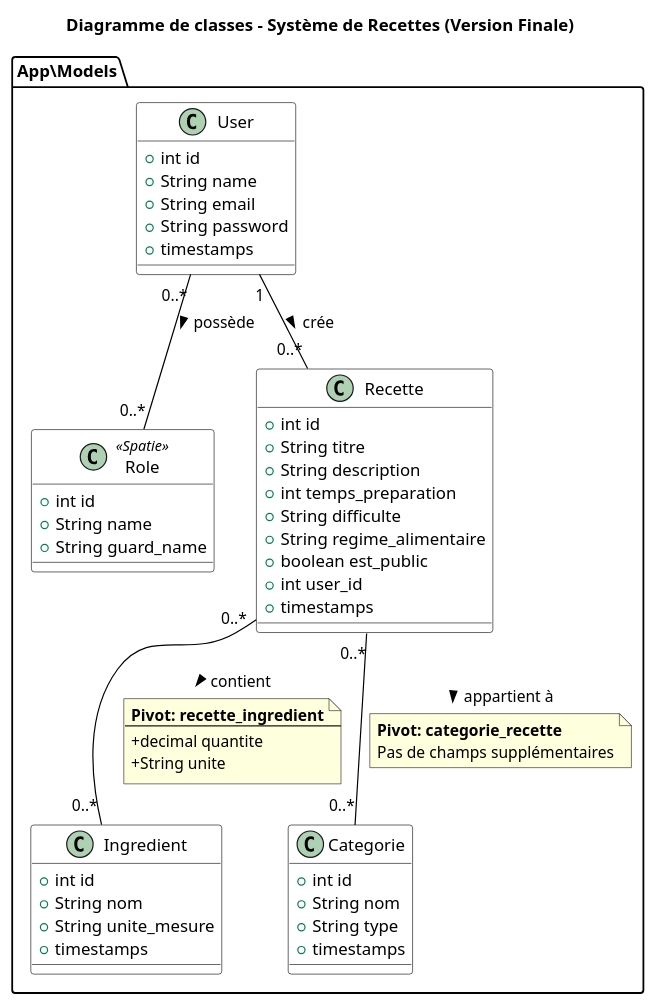
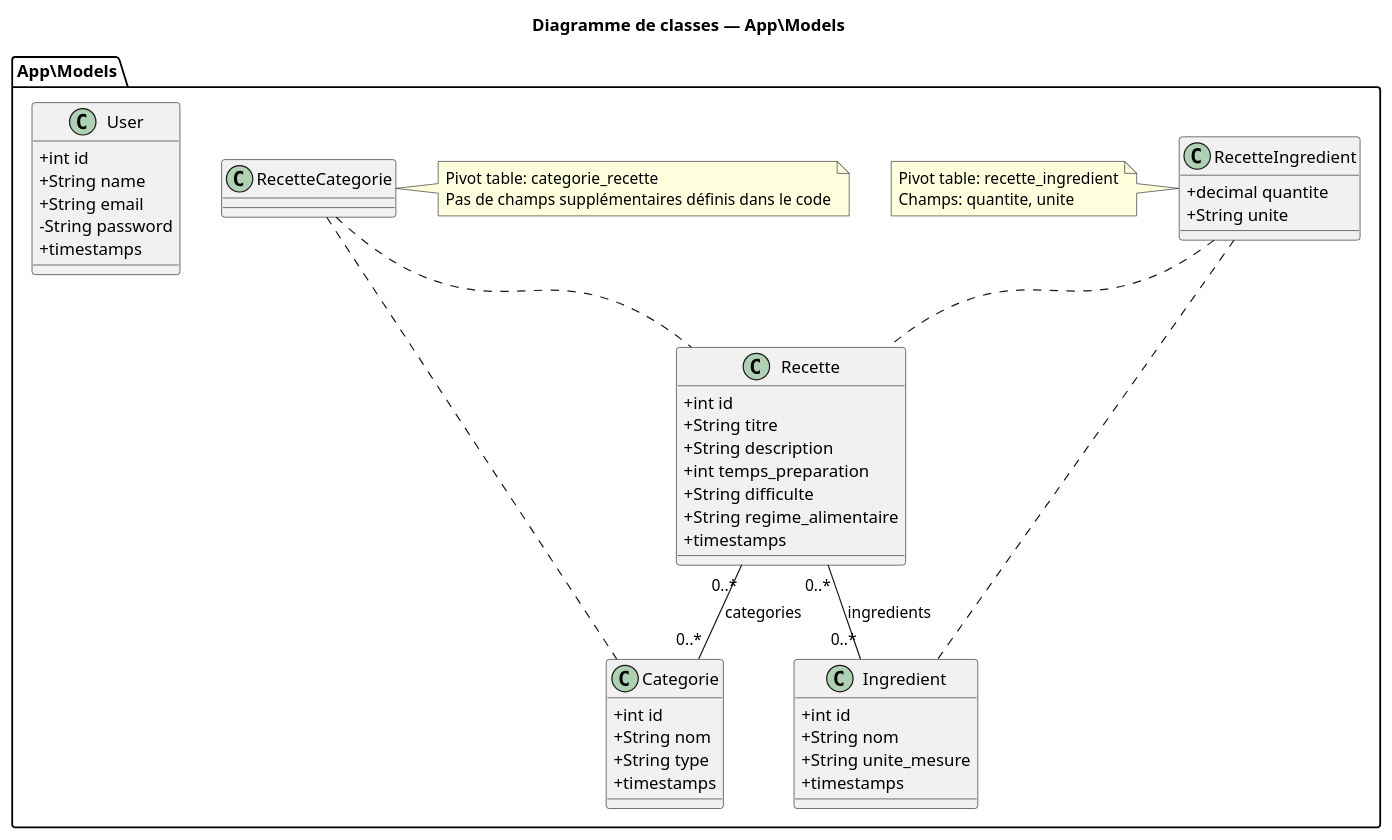
Before and after one commit to LThuillier/Livre_de_recettes: the diagram in diagram.puml, drawn with PlantUML. The commit also changed 2 other files, not shown here.

```diff
--- a/diagram.puml
+++ b/diagram.puml
@@ -1,72 +1,71 @@
-@startuml
-title Diagramme de classes - Système de Recettes (Version Finale)
+@startuml diagram_app_models
+title Diagramme de classes — App\\Models
+skinparam classAttributeIconSize 0
 
-' Configuration visuelle pour ressembler à ton ancien schéma
-skinparam class {
-    BackgroundColor White
-    ArrowColor Black
-    BorderColor Black
+package "App\\Models" {
+
+class Recette {
+  +int id
+  +String titre
+  +String description
+  +int temps_preparation
+  +String difficulte
+  +String regime_alimentaire
+  +timestamps
 }
 
-package App\Models {
-    
-    class User {
-        +int id
-        +String name
-        +String email
-        +String password
-        +timestamps
-    }
-
-    class Role <<Spatie>> {
-        +int id
-        +String name
-        +String guard_name
-    }
-
-    class Recette {
-        +int id
-        +String titre
-        +String description
-        +int temps_preparation
-        +String difficulte
-        +String regime_alimentaire
-        +boolean est_public
-        +int user_id
-        +timestamps
-    }
-
-    class Ingredient {
-        +int id
-        +String nom
-        +String unite_mesure
-        +timestamps
-    }
-
-    class Categorie {
-        +int id
-        +String nom
-        +String type
-        +timestamps
-    }
+class Ingredient {
+  +int id
+  +String nom
+  +String unite_mesure
+  +timestamps
 }
 
-' Relations entre les classes
-User "1" -- "0..*" Recette : crée >
-User "0..*" -- "0..*" Role : possède >
+class Categorie {
+  +int id
+  +String nom
+  +String type
+  +timestamps
+}
 
-Recette "0..*" -- "0..*" Categorie : appartient à >
-note on link
-  **Pivot: categorie_recette**
-  Pas de champs supplémentaires
+class User {
+  +int id
+  +String name
+  +String email
+  -String password
+  +timestamps
+}
+
+'"Pivot" classes to show extra pivot fields
+class RecetteIngredient {
+  +decimal quantite
+  +String unite
+}
+
+class RecetteCategorie {
+  
+}
+
+
+Recette "0..*" -- "0..*" Ingredient : ingredients
+Recette "0..*" -- "0..*" Categorie : categories
+
+
+RecetteIngredient .. Recette
+RecetteIngredient .. Ingredient
+RecetteCategorie .. Recette
+RecetteCategorie .. Categorie
+
+note left of RecetteIngredient
+Pivot table: recette_ingredient
+Champs: quantite, unite
 end note
 
-Recette "0..*" -- "0..*" Ingredient : contient >
-note on link
-  **Pivot: recette_ingredient**
-  --
-  +decimal quantite
-  +String unite
+note right of RecetteCategorie
+Pivot table: categorie_recette
+Pas de champs supplémentaires définis dans le code
 end note
 
+}
+
 @enduml
```
